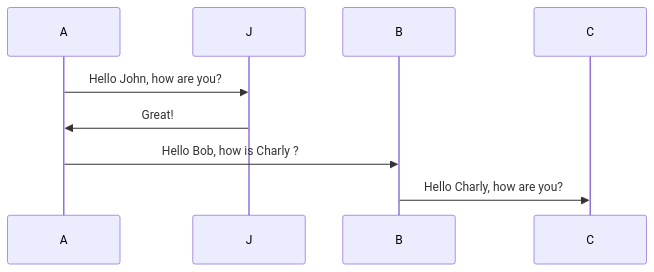
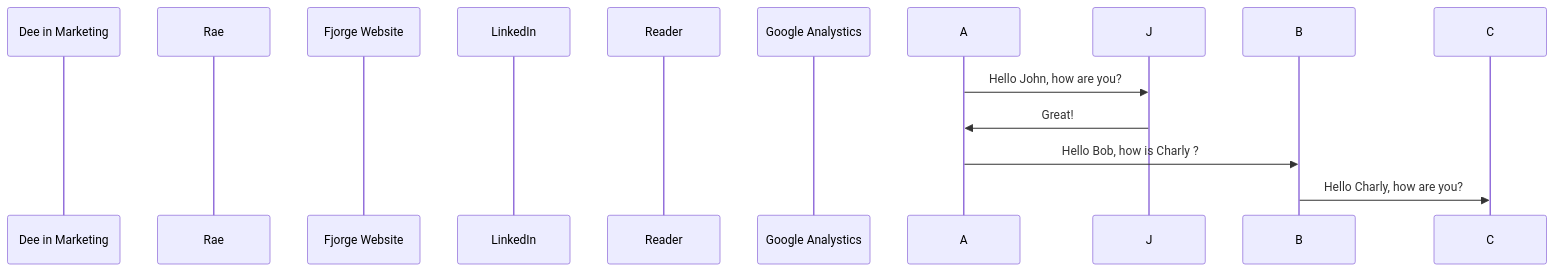
The diagram in README.md (dangxuanloc/mermaid-diagram), drawn with Mermaid before and after one commit.

````diff
--- a/README.md
+++ b/README.md
@@ -1,11 +1,13 @@
 ```mermaid
 sequenceDiagram
-    participant A
-    participant J
-    participant B
-    participant C
+    participant Dee in Marketing
+    participant Rae
+    participant Fjorge Website
+    participant LinkedIn
+    participant Reader
+    participant Google Analystics
     A->>J: Hello John, how are you?
     J->>A: Great!
     A->>B: Hello Bob, how is Charly ?
     B->>C: Hello Charly, how are you?
 ```
````
